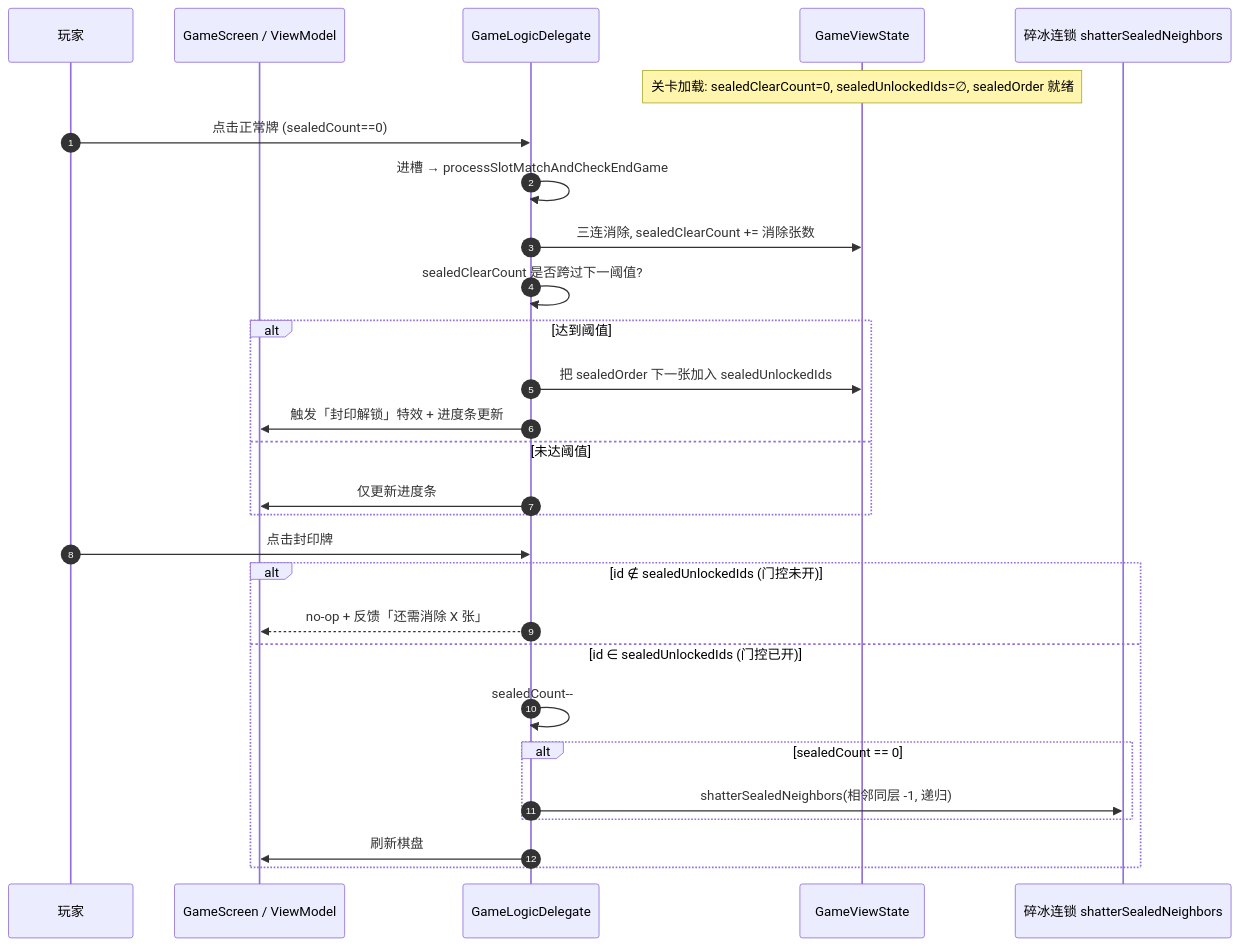
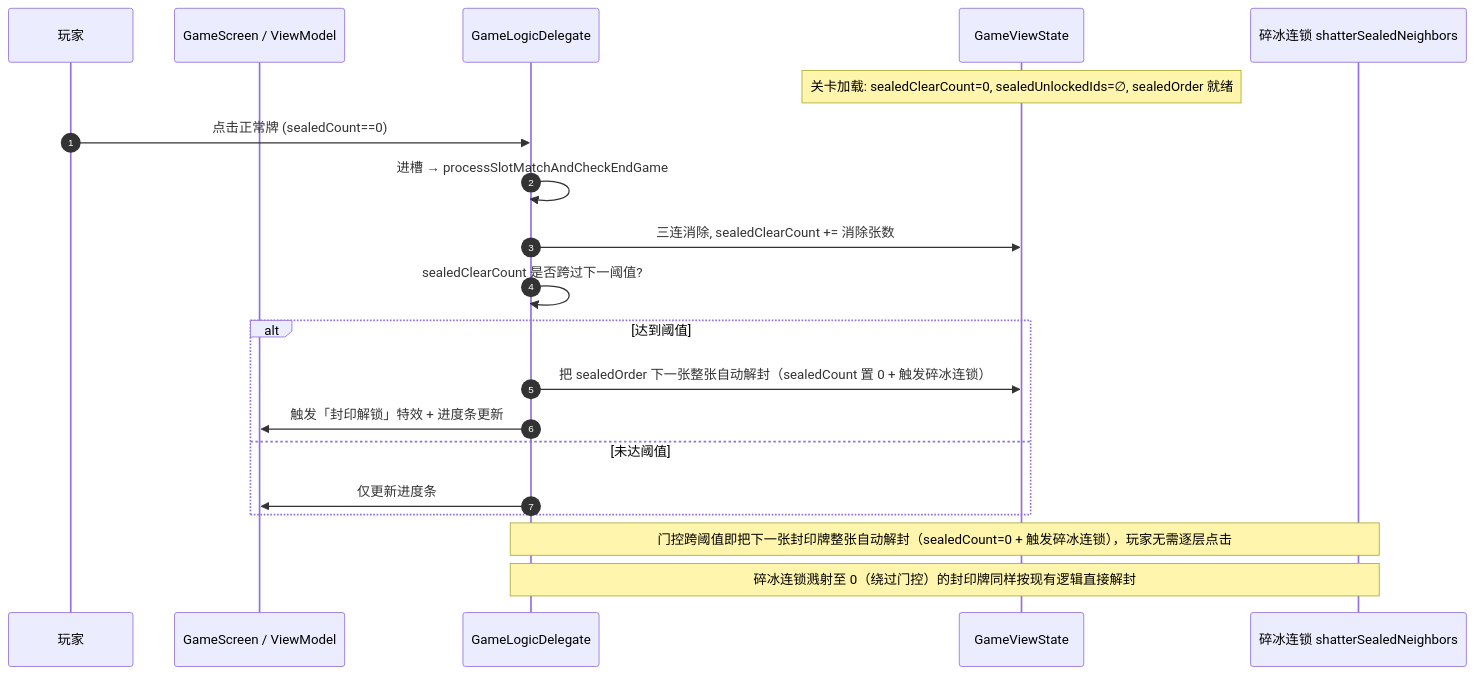
Before and after one commit to xqh0927/sheeps: the first of 2 diagrams in docs/superpowers/specs/sealed-unlock-mechanism-design.md, drawn with Mermaid. The commit also changed other lines of this file and 26 other files, not shown here.

````diff
--- a/docs/superpowers/specs/sealed-unlock-mechanism-design.md
+++ b/docs/superpowers/specs/sealed-unlock-mechanism-design.md
@@ -187,31 +187,23 @@
 ```mermaid
 sequenceDiagram
     autonumber
     participant P as 玩家
     participant V as GameScreen / ViewModel
     participant L as GameLogicDelegate
     participant S as GameViewState
     participant G as 碎冰连锁 shatterSealedNeighbors
 
     Note over S: 关卡加载: sealedClearCount=0, sealedUnlockedIds=∅, sealedOrder 就绪
     P->>L: 点击正常牌 (sealedCount==0)
     L->>L: 进槽 → processSlotMatchAndCheckEndGame
     L->>S: 三连消除, sealedClearCount += 消除张数
     L->>L: sealedClearCount 是否跨过下一阈值?
     alt 达到阈值
-        L->>S: 把 sealedOrder 下一张加入 sealedUnlockedIds
+        L->>S: 把 sealedOrder 下一张整张自动解封（sealedCount 置 0 + 触发碎冰连锁）
         L->>V: 触发「封印解锁」特效 + 进度条更新
     else 未达阈值
         L->>V: 仅更新进度条
     end
-    P->>L: 点击封印牌
-    alt id ∉ sealedUnlockedIds (门控未开)
-        L-->>V: no-op + 反馈「还需消除 X 张」
-    else id ∈ sealedUnlockedIds (门控已开)
-        L->>L: sealedCount--
-        alt sealedCount == 0
-            L->>G: shatterSealedNeighbors(相邻同层 -1, 递归)
-        end
-        L->>V: 刷新棋盘
-    end
+    Note over L,G: 门控跨阈值即把下一张封印牌整张自动解封（sealedCount=0 + 触发碎冰连锁），玩家无需逐层点击
+    Note over L,G: 碎冰连锁溅射至 0（绕过门控）的封印牌同样按现有逻辑直接解封
 ```
````
